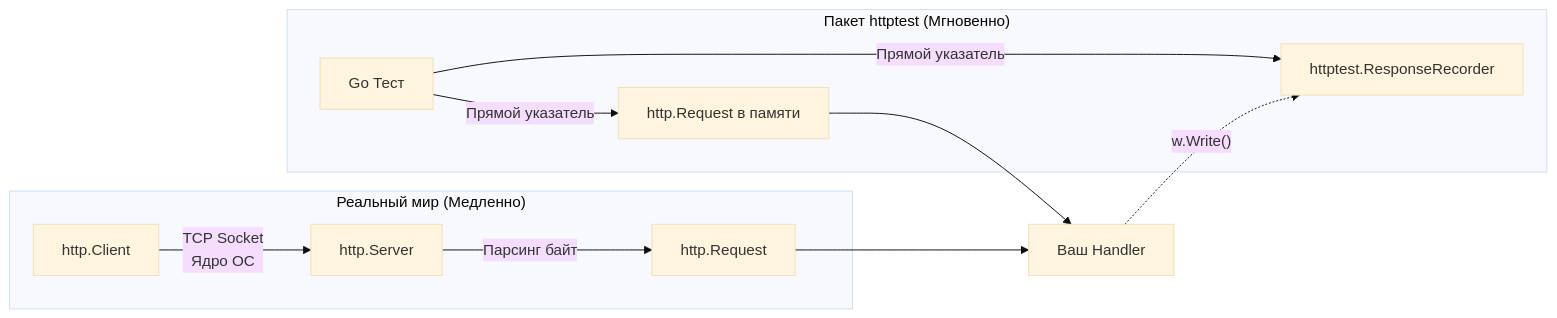
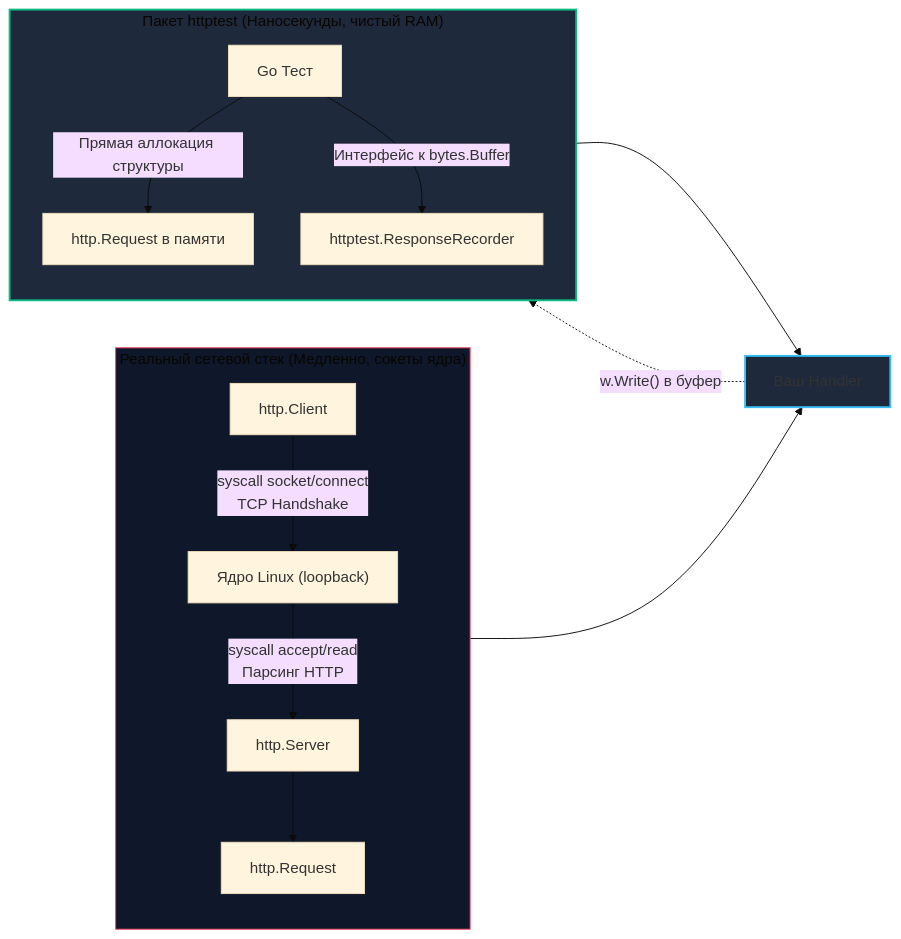
Before and after one commit to UnrealTemplier/go-textbook: the second of 3 diagrams in sources/10. Проектирование API и Сетевые протоколы/33. API testing.md, drawn with Mermaid (base theme). The commit also changed other lines of this file, not shown here.

````diff
--- a/sources/10. Проектирование API и Сетевые протоколы/33. API testing.md
+++ b/sources/10. Проектирование API и Сетевые протоколы/33. API testing.md
@@ -54,16 +95,23 @@
 ```mermaid
 flowchart LR
-    subgraph "Реальный мир (Медленно)"
-        Client["http.Client"] -->|"TCP Socket<br>Ядро ОС"| Server["http.Server"]
-        Server -->|"Парсинг байт"| HTTP_Req["http.Request"]
+    subgraph RealWorld ["Реальный сетевой стек (Медленно, сокеты ядра)"]
+        direction TB
+        Client["http.Client"] -->|"syscall socket/connect<br>TCP Handshake"| Kernel["Ядро Linux (loopback)"]
+        Kernel -->|"syscall accept/read<br>Парсинг HTTP"| Server["http.Server"]
+        Server --> HTTP_Req["http.Request"]
     end
-    
-    subgraph "Пакет httptest (Мгновенно)"
-        Test["Go Тест"] -->|"Прямой указатель"| Mem_Req["http.Request в памяти"]
-        Test -->|"Прямой указатель"| Recorder["httptest.ResponseRecorder"]
+
+    subgraph HttpTest ["Пакет httptest (Наносекунды, чистый RAM)"]
+        direction TB
+        Test["Go Тест"] -->|"Прямая аллокация структуры"| Mem_Req["http.Request в памяти"]
+        Test -->|"Интерфейс к bytes.Buffer"| Recorder["httptest.ResponseRecorder"]
     end
-    
+
     HTTP_Req --> Handler["Ваш Handler"]
     Mem_Req --> Handler
-    Handler -.->|"w.Write()"| Recorder
+    Handler -.->|"w.Write() в буфер"| Recorder
+
+    style RealWorld fill:#0f172a,stroke:#f43f5e,stroke-width:1px
+    style HttpTest fill:#1e293b,stroke:#10b981,stroke-width:2px
+    style Handler fill:#1e293b,stroke:#38bdf8,stroke-width:2px
 ```
````
